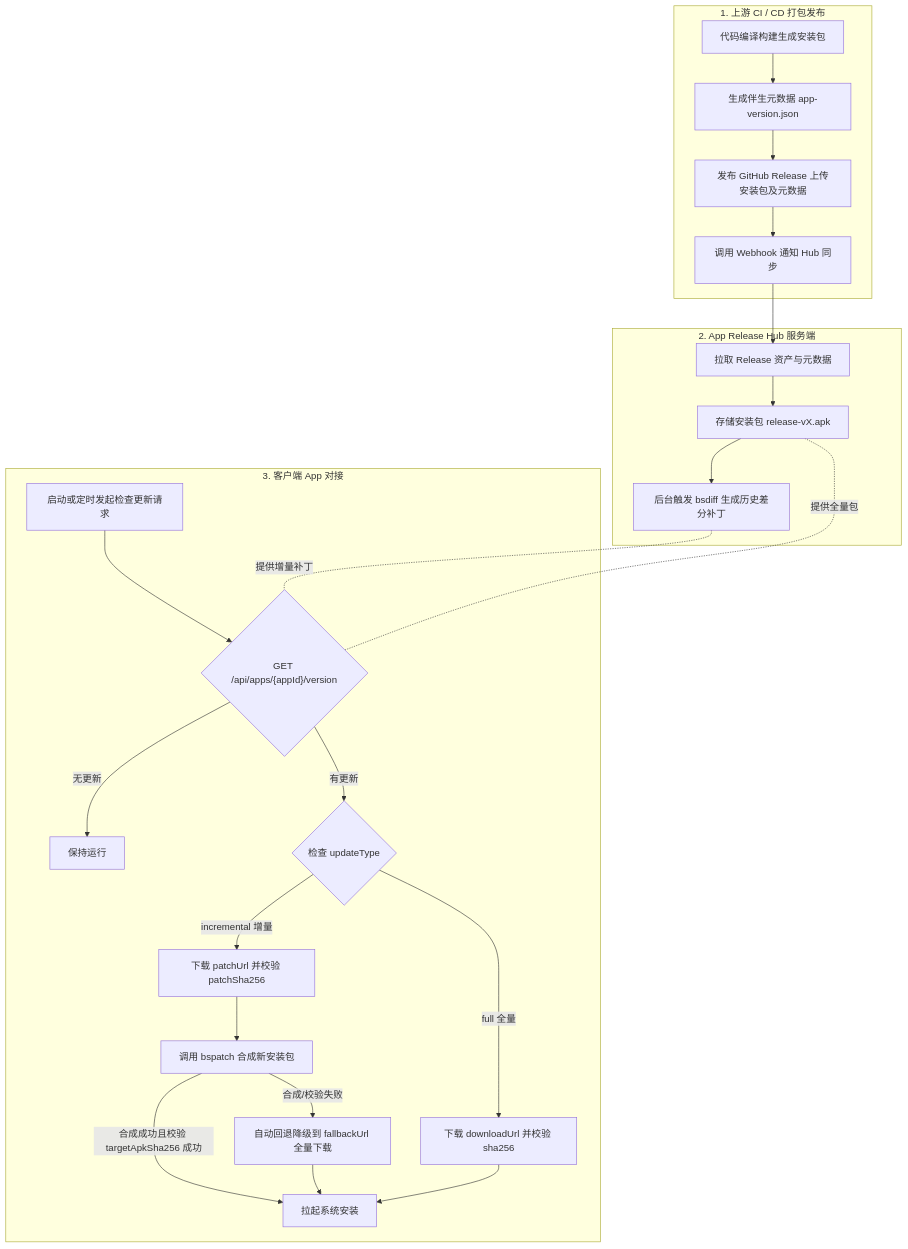
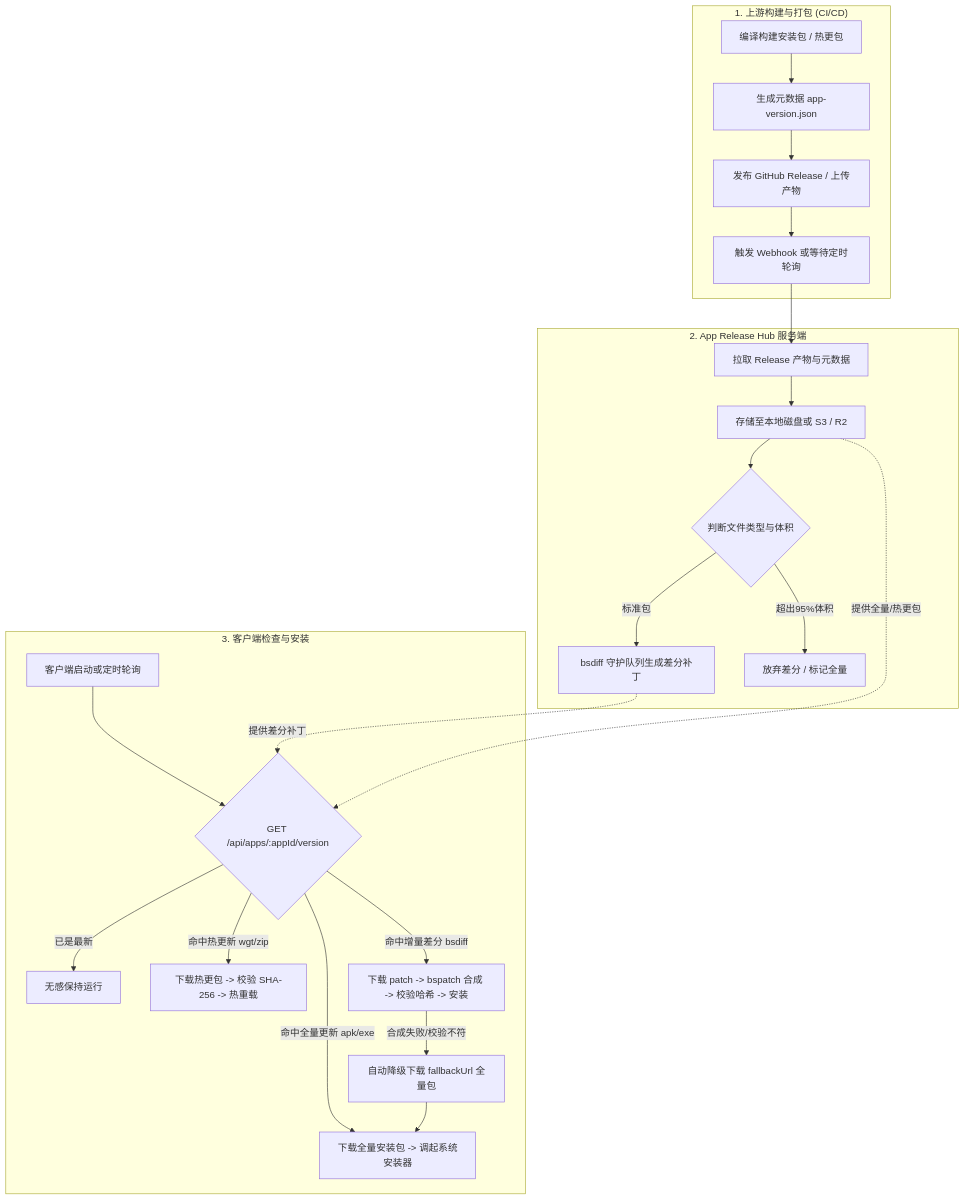
Before and after one commit to librarycloud/app-release-hub: the diagram in README.md, drawn with Mermaid. The commit also changed other lines of this file and 4 other files, not shown here.

````diff
--- a/README.md
+++ b/README.md
@@ -50,30 +67,29 @@
 ```mermaid
 flowchart TD
-    subgraph CI["1. 上游 CI / CD 打包发布"]
-        A[代码编译构建生成安装包] --> B[生成伴生元数据 app-version.json]
-        B --> C[发布 GitHub Release 上传安装包及元数据]
-        C --> D[调用 Webhook 通知 Hub 同步]
+    subgraph CI["1. 上游构建与打包 (CI/CD)"]
+        A[编译构建安装包 / 热更包] --> B[生成元数据 app-version.json]
+        B --> C[发布 GitHub Release / 上传产物]
+        C --> D[触发 Webhook 或等待定时轮询]
     end
 
     subgraph HUB["2. App Release Hub 服务端"]
-        D --> E[拉取 Release 资产与元数据]
-        E --> F[存储安装包 release-vX.apk]
-        F --> G[后台触发 bsdiff 生成历史差分补丁]
+        D --> E[拉取 Release 产物与元数据]
+        E --> F[存储至本地磁盘或 S3 / R2]
+        F --> G{"判断文件类型与体积"}
+        G -->|标准包| H[bsdiff 守护队列生成差分补丁]
+        G -->|超出95%体积| I[放弃差分 / 标记全量]
     end
 
-    subgraph CLIENT["3. 客户端 App 对接"]
-        H[启动或定时发起检查更新请求] --> I{"GET /api/apps/{appId}/version"}
-        I -->|无更新| J[保持运行]
-        I -->|有更新| K{"检查 updateType"}
-        K -->|incremental 增量| L[下载 patchUrl 并校验 patchSha256]
-        L --> M[调用 bspatch 合成新安装包]
-        M -->|合成成功且校验 targetApkSha256 成功| N[拉起系统安装]
-        M -->|合成/校验失败| O[自动回退降级到 fallbackUrl 全量下载]
-        O --> N
-        K -->|full 全量| P[下载 downloadUrl 并校验 sha256]
-        P --> N
+    subgraph CLIENT["3. 客户端检查与安装"]
+        J[客户端启动或定时轮询] --> K{"GET /api/apps/:appId/version"}
+        K -->|已是最新| L[无感保持运行]
+        K -->|命中热更新 wgt/zip| M[下载热更包 -> 校验 SHA-256 -> 热重载]
+        K -->|命中增量差分 bsdiff| N[下载 patch -> bspatch 合成 -> 校验哈希 -> 安装]
+        N -->|合成失败/校验不符| O[自动降级下载 fallbackUrl 全量包]
+        K -->|命中全量更新 apk/exe| P[下载全量安装包 -> 调起系统安装器]
+        O --> P
     end
 
-    G -. 提供增量补丁 .- I
-    F -. 提供全量包 .- I
+    H -. 提供差分补丁 .-> K
+    F -. 提供全量/热更包 .-> K
 ```
````
